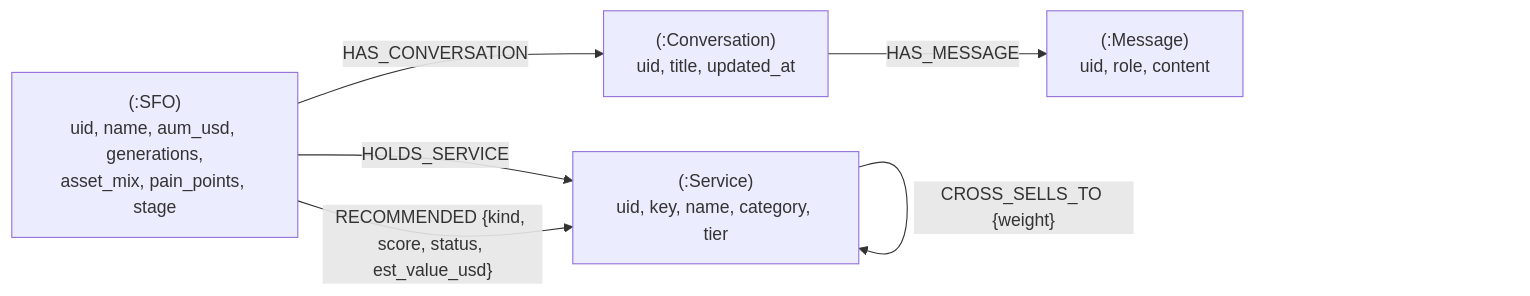
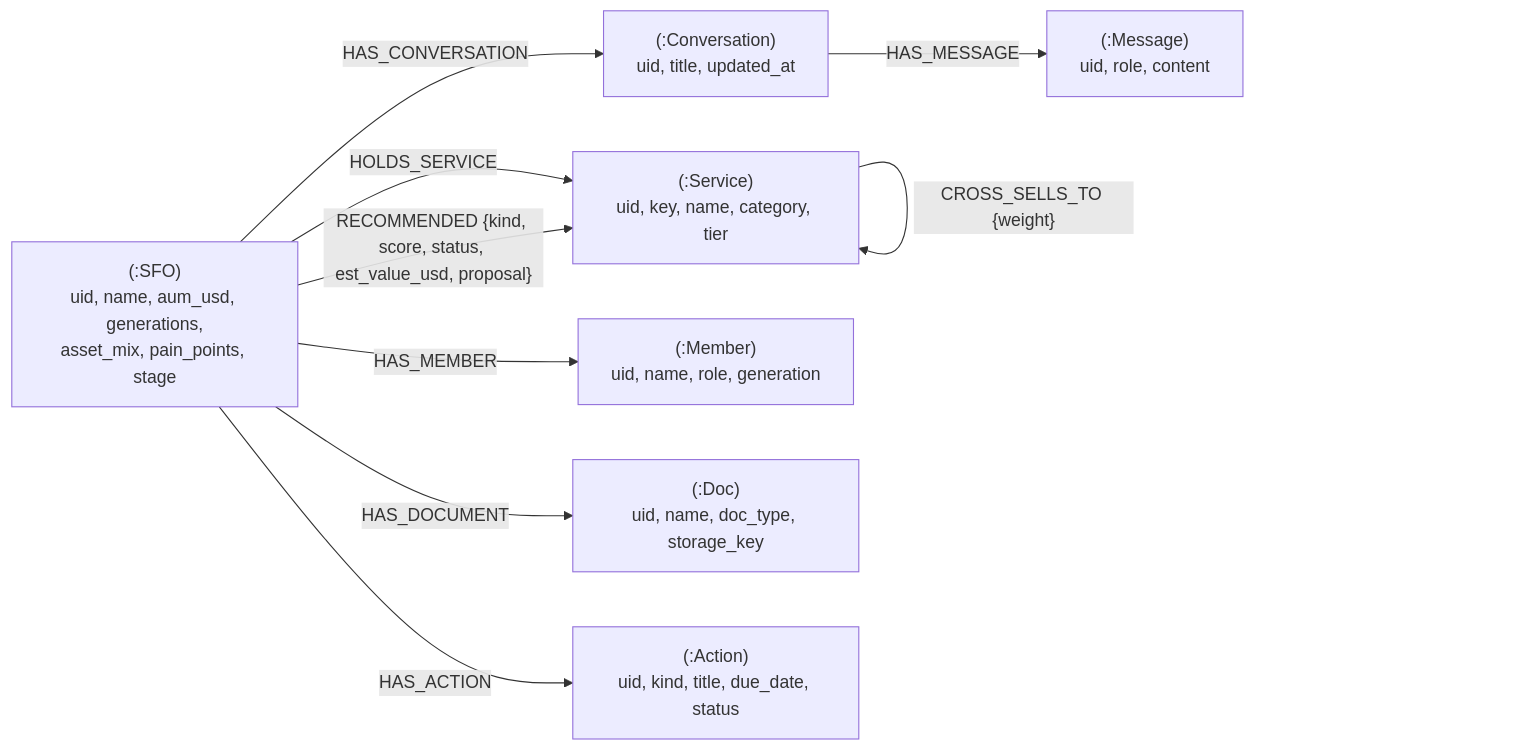
The third of 3 diagrams in docs/architecture_readme.md (predictivelabsai/FastFund), drawn with Mermaid before and after one commit. The commit also changed other lines of this file and 21 other files, not shown here.

First line of the commit message:
Full implementation: SFO detail, opportunities, calendar, coverage, graph, docs, evals

````diff
--- a/docs/architecture_readme.md
+++ b/docs/architecture_readme.md
@@ -151,13 +167,19 @@
 ```mermaid
 graph LR
     O["(:SFO)<br/>uid, name, aum_usd, generations,<br/>asset_mix, pain_points, stage"]
     SV["(:Service)<br/>uid, key, name, category, tier"]
     C["(:Conversation)<br/>uid, title, updated_at"]
     M["(:Message)<br/>uid, role, content"]
+    MEM["(:Member)<br/>uid, name, role, generation"]
+    DOC["(:Doc)<br/>uid, name, doc_type, storage_key"]
+    ACT["(:Action)<br/>uid, kind, title, due_date, status"]
 
     O -- HOLDS_SERVICE --> SV
-    O -- "RECOMMENDED {kind, score, status, est_value_usd}" --> SV
+    O -- "RECOMMENDED {kind, score, status, est_value_usd, proposal}" --> SV
+    O -- HAS_MEMBER --> MEM
+    O -- HAS_DOCUMENT --> DOC
+    O -- HAS_ACTION --> ACT
     O -- HAS_CONVERSATION --> C
     C -- HAS_MESSAGE --> M
     SV -- "CROSS_SELLS_TO {weight}" --> SV
 ```
````
